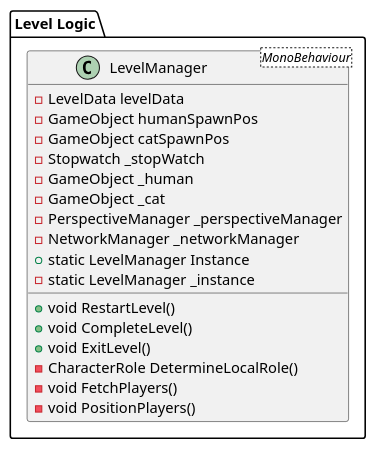
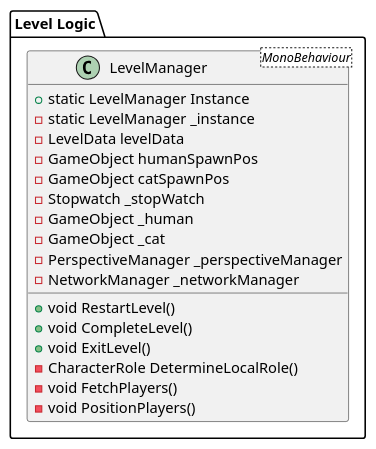
One commit to Bachelor-Parallax/Parallax changed the diagram in Diagrams/Level Logic/LevelLogicCD.puml. Above: the diagram before and after it, drawn with PlantUML. The commit also changed 2 other files, not shown here.

Commit message:
level logic diagrams

```diff
--- a/Diagrams/Level Logic/LevelLogicCD.puml
+++ b/Diagrams/Level Logic/LevelLogicCD.puml
@@ -1,27 +1,26 @@
 @startuml Level Logic CD
 
 package "Level Logic" {
 
     class LevelManager<MonoBehaviour>
     {
-
-        - LevelData levelData
-        - GameObject humanSpawnPos
-        - GameObject catSpawnPos
-        - Stopwatch _stopWatch
-        - GameObject _human
-        - GameObject _cat
-        - PerspectiveManager _perspectiveManager
-        - NetworkManager _networkManager
-        + static LevelManager Instance 
-        - static LevelManager _instance
-
-        + void RestartLevel()
-        + void CompleteLevel()
-        + void ExitLevel()
-        - CharacterRole DetermineLocalRole()
-        - void FetchPlayers()
-        - void PositionPlayers()
+    + static LevelManager Instance
+    - static LevelManager _instance
+    - LevelData levelData
+    - GameObject humanSpawnPos
+    - GameObject catSpawnPos
+    - Stopwatch _stopWatch
+    - GameObject _human
+    - GameObject _cat
+    - PerspectiveManager _perspectiveManager
+    - NetworkManager _networkManager
+  
+    + void RestartLevel()
+    + void CompleteLevel()
+    + void ExitLevel()
+    - CharacterRole DetermineLocalRole()
+    - void FetchPlayers()
+    - void PositionPlayers()
     }
 }
 @enduml
```
